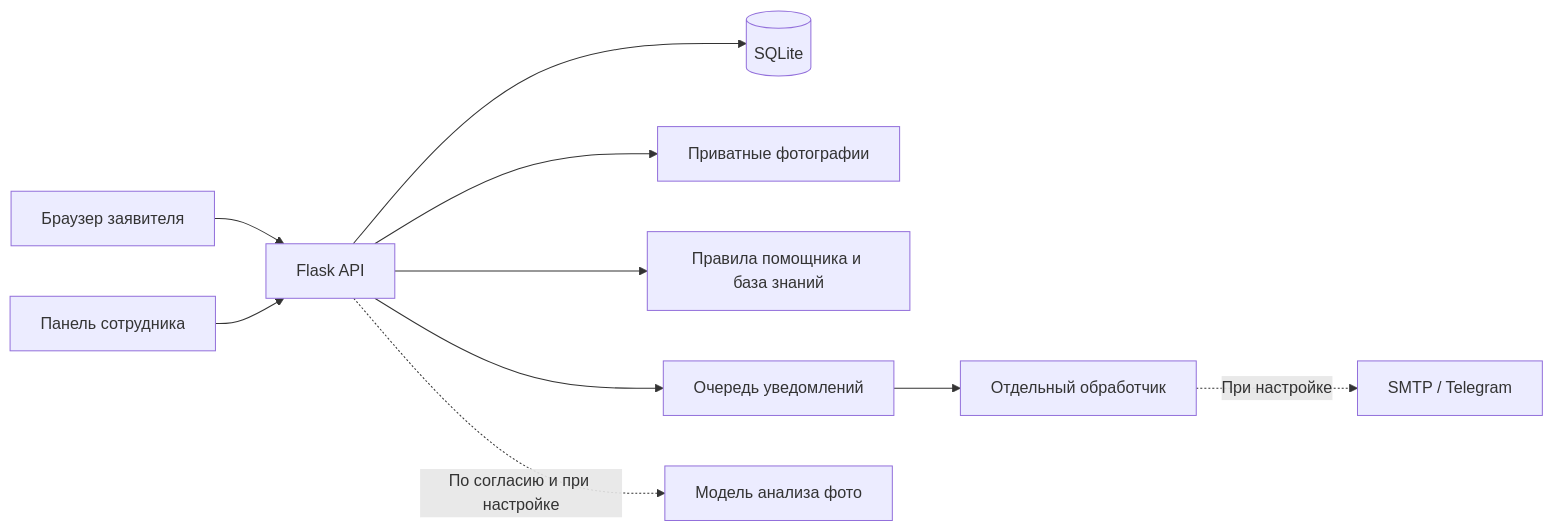
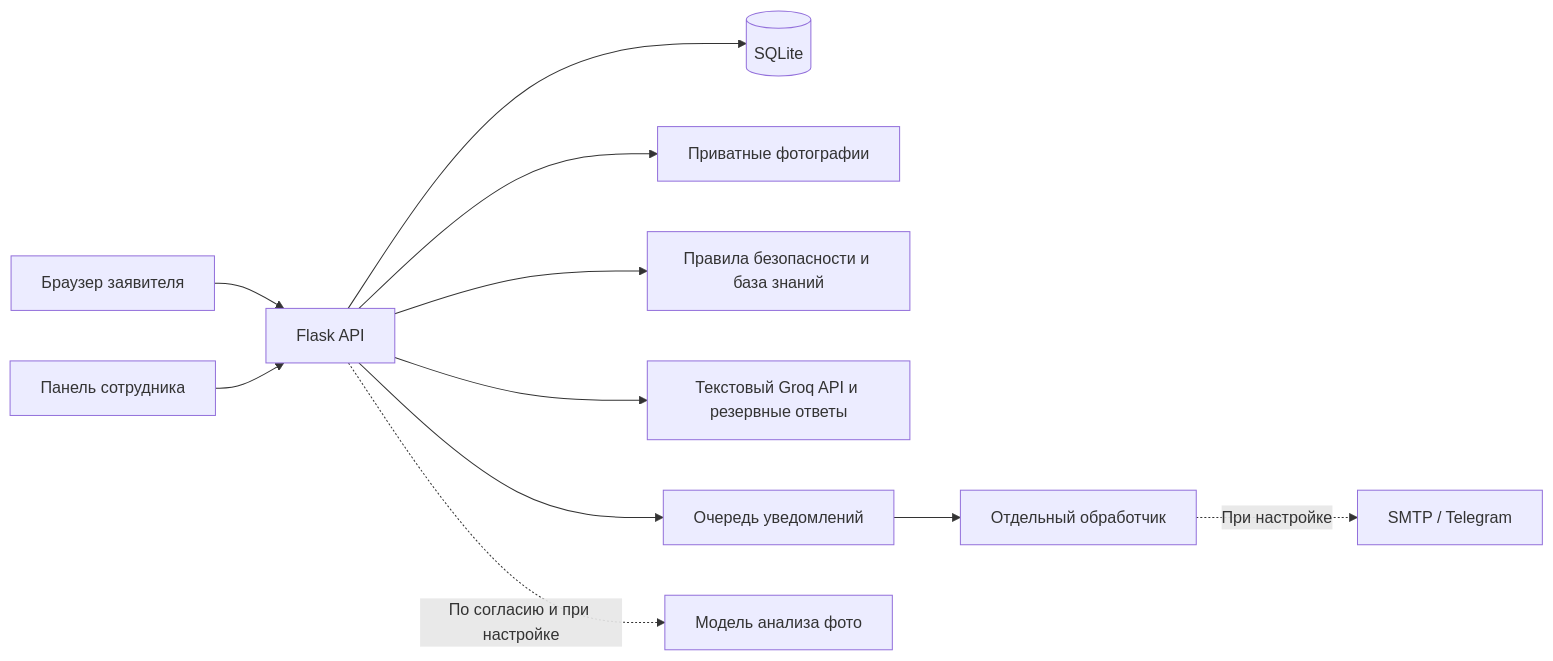
The first of 2 diagrams in docs/ARCHITECTURE.md (dalga21/DGU), drawn with Mermaid before and after one commit. The commit also changed other lines of this file and 20 other files, not shown here.

````diff
--- a/docs/ARCHITECTURE.md
+++ b/docs/ARCHITECTURE.md
@@ -5,12 +5,13 @@
 ```mermaid
 flowchart LR
     A[Браузер заявителя] --> B[Flask API]
     C[Панель сотрудника] --> B
     B --> D[(SQLite)]
     B --> E[Приватные фотографии]
-    B --> F[Правила помощника и база знаний]
+    B --> F[Правила безопасности и база знаний]
+    B --> K[Текстовый Groq API и резервные ответы]
     B --> G[Очередь уведомлений]
     G --> H[Отдельный обработчик]
     H -. При настройке .-> I[SMTP / Telegram]
     B -. По согласию и при настройке .-> J[Модель анализа фото]
 ```
````
